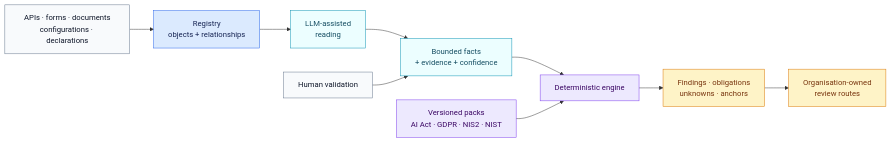
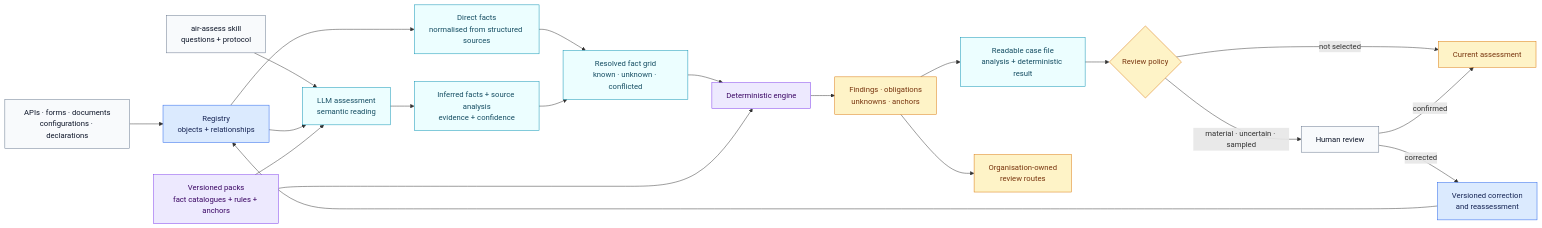
The second of 3 diagrams in README.md (NickChaps/Open-AIRS), drawn with Mermaid before and after one commit. The commit also changed other lines of this file and 41 other files, not shown here.

Commit message:
feat: add auditable extraction and sampled review

````diff
--- a/README.md
+++ b/README.md
@@ -74,22 +74,33 @@
 ```mermaid
 flowchart LR
     S["APIs · forms · documents<br/>configurations · declarations"] --> G["Registry<br/>objects + relationships"]
-    G --> L["LLM-assisted<br/>reading"]
-    L --> F["Bounded facts<br/>+ evidence + confidence"]
-    H["Human validation"] --> F
+    G --> D["Direct facts<br/>normalised from structured sources"]
+    K["air-assess skill<br/>questions + protocol"] --> L["LLM assessment<br/>semantic reading"]
+    G --> L
+    P["Versioned packs<br/>fact catalogues + rules + anchors"] --> L
+    L --> I["Inferred facts + source analysis<br/>evidence + confidence"]
+    D --> F["Resolved fact grid<br/>known · unknown · conflicted"]
+    I --> F
     F --> E["Deterministic engine"]
-    P["Versioned packs<br/>AI Act · GDPR · NIS2 · NIST"] --> E
+    P --> E
     E --> R["Findings · obligations<br/>unknowns · anchors"]
+    R --> N["Readable case file<br/>analysis + deterministic result"]
+    N --> Q{"Review policy"}
+    Q -->|"material · uncertain · sampled"| H["Human review"]
+    Q -->|"not selected"| C["Current assessment"]
+    H -->|"confirmed"| C
+    H -->|"corrected"| G2["Versioned correction<br/>and reassessment"]
+    G2 --> G
     R --> O["Organisation-owned<br/>review routes"]
 
     classDef input fill:#f8fafc,stroke:#64748b,color:#0f172a
     classDef registry fill:#dbeafe,stroke:#2563eb,color:#172554
     classDef facts fill:#ecfeff,stroke:#0891b2,color:#164e63
     classDef rules fill:#ede9fe,stroke:#7c3aed,color:#3b0764
     classDef result fill:#fef3c7,stroke:#d97706,color:#78350f
-    class S,H input
-    class G registry
-    class L,F facts
+    class S,H,K input
+    class G,G2 registry
+    class D,L,I,F,N facts
     class E,P rules
-    class R,O result
+    class R,O,Q,C result
 ```
````
